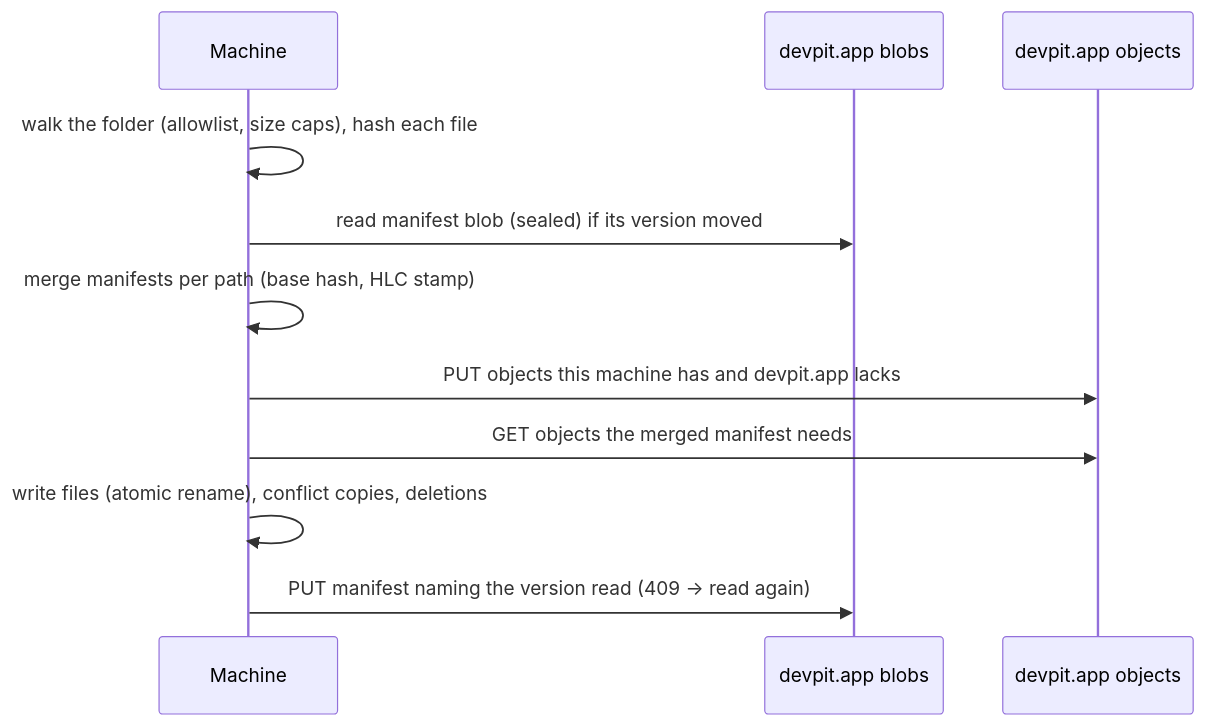
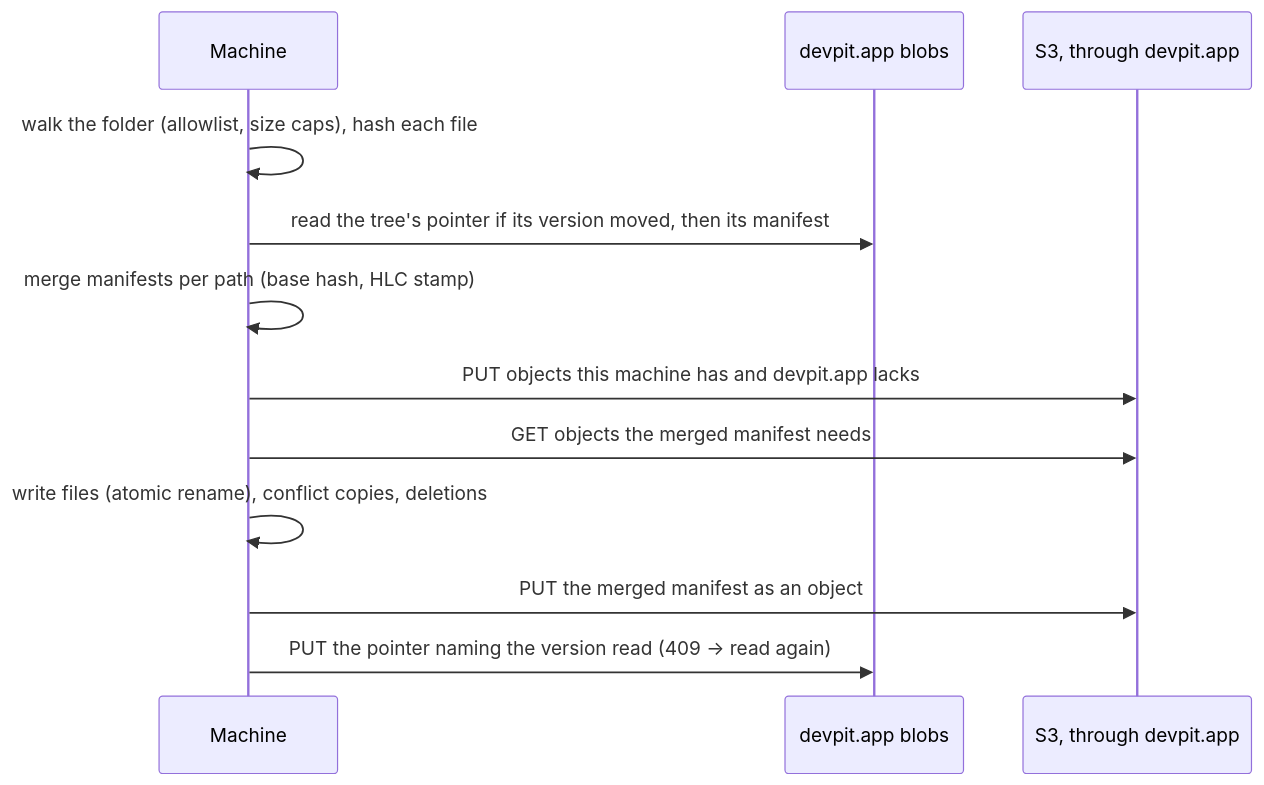
Before and after one commit to jholhewres/devpit: the third of 6 diagrams in docs/sync-workspace.md, drawn with Mermaid. The commit also changed other lines of this file and 1 other file, not shown here.

````diff
--- a/docs/sync-workspace.md
+++ b/docs/sync-workspace.md
@@ -125,13 +126,14 @@
 ```mermaid
 sequenceDiagram
   participant M as Machine
   participant B as devpit.app blobs
-  participant O as devpit.app objects
+  participant O as S3, through devpit.app
   M->>M: walk the folder (allowlist, size caps), hash each file
-  M->>B: read manifest blob (sealed) if its version moved
+  M->>B: read the tree's pointer if its version moved, then its manifest
   M->>M: merge manifests per path (base hash, HLC stamp)
   M->>O: PUT objects this machine has and devpit.app lacks
   M->>O: GET objects the merged manifest needs
   M->>M: write files (atomic rename), conflict copies, deletions
-  M->>B: PUT manifest naming the version read (409 → read again)
+  M->>O: PUT the merged manifest as an object
+  M->>B: PUT the pointer naming the version read (409 → read again)
 ```
````
